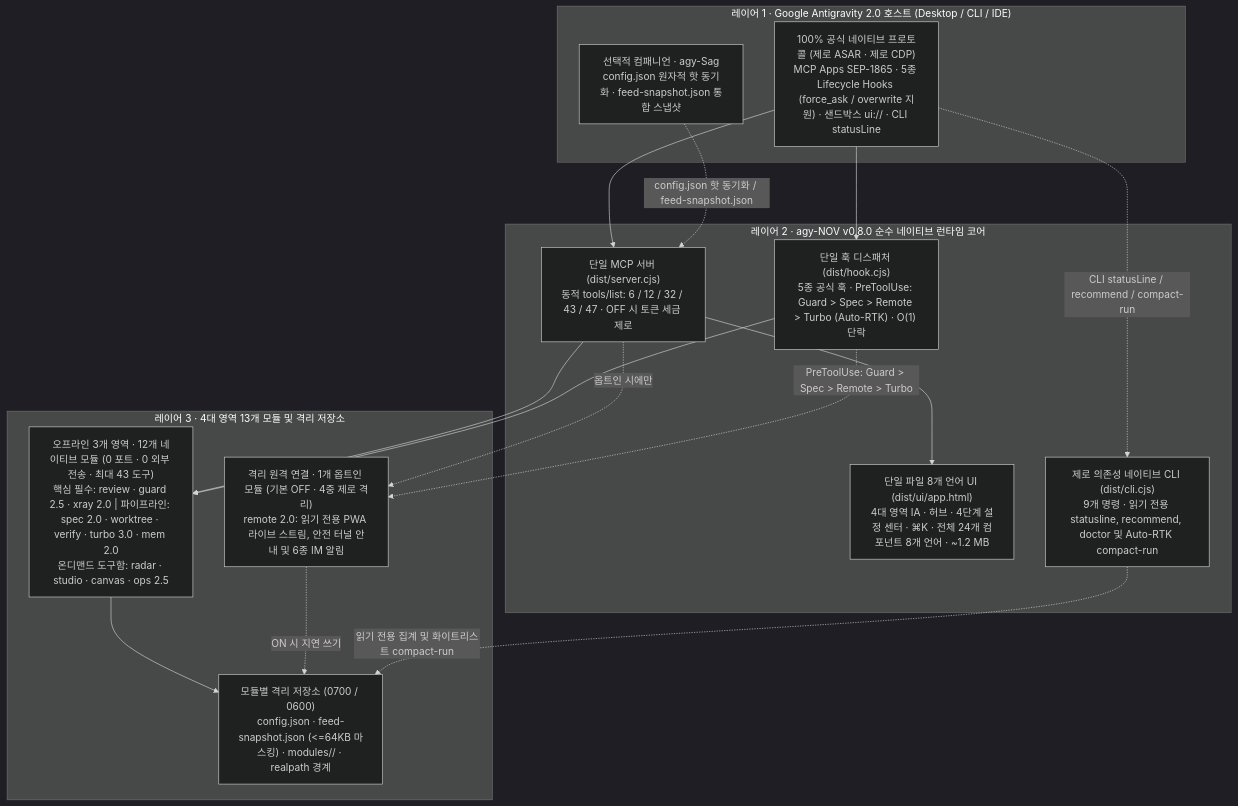
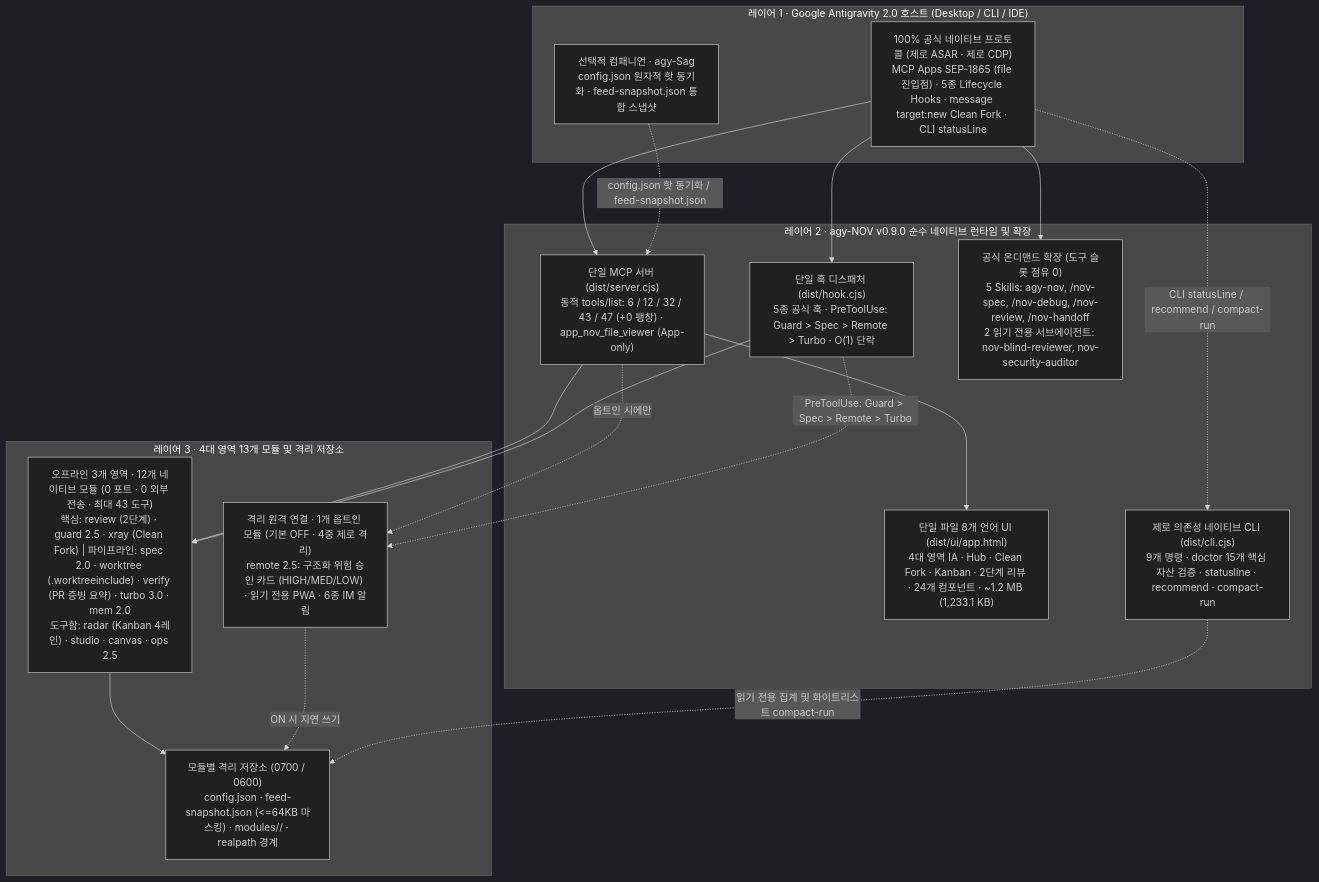
The diagram in docs/i18n/README.ko.md (tone-leh/agy-NOV), drawn with Mermaid (dark theme) before and after one commit. The commit also changed other lines of this file and 72 other files, not shown here.

Commit message:
release: v0.9.0 — E2E pipeline chain, One-Click Clean Fork, 4 slash playbooks, 2 read-only subagents, native file viewer & Remote 2.5 risk cards

````diff
--- a/docs/i18n/README.ko.md
+++ b/docs/i18n/README.ko.md
@@ -215,33 +231,35 @@
 ```mermaid
 flowchart TB
   subgraph L1["레이어 1 · Google Antigravity 2.0 호스트 (Desktop / CLI / IDE)"]
-    Host["100% 공식 네이티브 프로토콜 (제로 ASAR · 제로 CDP)\nMCP Apps SEP-1865 · 5종 Lifecycle Hooks (force_ask / overwrite 지원) · 샌드박스 ui:// · CLI statusLine"]
+    Host["100% 공식 네이티브 프로토콜 (제로 ASAR · 제로 CDP)\nMCP Apps SEP-1865 (file 진입점) · 5종 Lifecycle Hooks · message target:new Clean Fork · CLI statusLine"]
     Sag["선택적 컴패니언 · agy-Sag\nconfig.json 원자적 핫 동기화 · feed-snapshot.json 통합 스냅샷"]
   end
 
-  subgraph L2["레이어 2 · agy-NOV v0.8.0 순수 네이티브 런타임 코어"]
-    MCP["단일 MCP 서버 (dist/server.cjs)\n동적 tools/list: 6 / 12 / 32 / 43 / 47 · OFF 시 토큰 세금 제로"]
-    Hook["단일 훅 디스패처 (dist/hook.cjs)\n5종 공식 훅 · PreToolUse: Guard > Spec > Remote > Turbo (Auto-RTK) · O(1) 단락"]
-    UI["단일 파일 8개 언어 UI (dist/ui/app.html)\n4대 영역 IA · 허브 · 4단계 설정 센터 · ⌘K · 전체 24개 컴포넌트 8개 언어 · ~1.2 MB"]
-    CLI["제로 의존성 네이티브 CLI (dist/cli.cjs)\n9개 명령 · 읽기 전용 statusline, recommend, doctor 및 Auto-RTK compact-run"]
+  subgraph L2["레이어 2 · agy-NOV v0.9.0 순수 네이티브 런타임 및 확장"]
+    MCP["단일 MCP 서버 (dist/server.cjs)\n동적 tools/list: 6 / 12 / 32 / 43 / 47 (+0 팽창) · app_nov_file_viewer (App-only)"]
+    Hook["단일 훅 디스패처 (dist/hook.cjs)\n5종 공식 훅 · PreToolUse: Guard > Spec > Remote > Turbo · O(1) 단락"]
+    UI["단일 파일 8개 언어 UI (dist/ui/app.html)\n4대 영역 IA · Hub · Clean Fork · Kanban · 2단계 리뷰 · 24개 컴포넌트 · ~1.2 MB (1,233.1 KB)"]
+    Ext["공식 온디맨드 확장 (도구 슬롯 점유 0)\n5 Skills: agy-nov, /nov-spec, /nov-debug, /nov-review, /nov-handoff\n2 읽기 전용 서브에이전트: nov-blind-reviewer, nov-security-auditor"]
+    CLI["제로 의존성 네이티브 CLI (dist/cli.cjs)\n9개 명령 · doctor 15개 핵심 자산 검증 · statusline · recommend · compact-run"]
   end
 
   subgraph L3["레이어 3 · 4대 영역 13개 모듈 및 격리 저장소"]
-    T1["오프라인 3개 영역 · 12개 네이티브 모듈 (0 포트 · 0 외부 전송 · 최대 43 도구)\n핵심 필수: review · guard 2.5 · xray 2.0 | 파이프라인: spec 2.0 · worktree · verify · turbo 3.0 · mem 2.0\n온디맨드 도구함: radar · studio · canvas · ops 2.5"]
-    T2R["격리 원격 연결 · 1개 옵트인 모듈 (기본 OFF · 4중 제로 격리)\nremote 2.0: 읽기 전용 PWA 라이브 스트림, 안전 터널 안내 및 6종 IM 알림"]
+    T1["오프라인 3개 영역 · 12개 네이티브 모듈 (0 포트 · 0 외부 전송 · 최대 43 도구)\n핵심: review (2단계) · guard 2.5 · xray (Clean Fork) | 파이프라인: spec 2.0 · worktree (.worktreeinclude) · verify (PR 증빙 요약) · turbo 3.0 · mem 2.0\n도구함: radar (Kanban 4레인) · studio · canvas · ops 2.5"]
+    T2R["격리 원격 연결 · 1개 옵트인 모듈 (기본 OFF · 4중 제로 격리)\nremote 2.5: 구조화 위험 승인 카드 (HIGH/MED/LOW) · 읽기 전용 PWA · 6종 IM 알림"]
     Store["모듈별 격리 저장소 (0700 / 0600)\nconfig.json · feed-snapshot.json (<=64KB 마스킹) · modules/<id>/ · realpath 경계"]
   end
 
   Host --> MCP
   Host --> Hook
+  Host --> Ext
   Host -. "CLI statusLine / recommend / compact-run" .-> CLI
   Sag -. "config.json 핫 동기화 / feed-snapshot.json" .-> MCP
   MCP --> UI
   MCP --> T1
   MCP -. "옵트인 시에만" .-> T2R
   Hook --> T1
   Hook -. "PreToolUse: Guard > Spec > Remote > Turbo" .-> T2R
   T1 --> Store
   T2R -. "ON 시 지연 쓰기" .-> Store
   CLI -. "읽기 전용 집계 및 화이트리스트 compact-run" .-> Store
 ```
````
